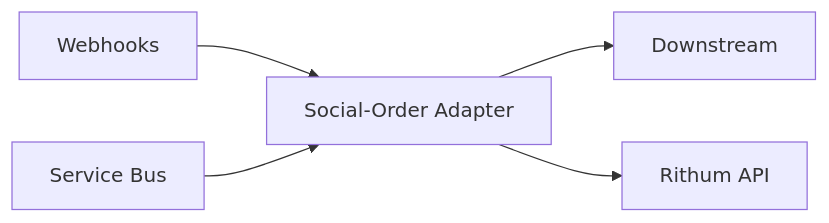
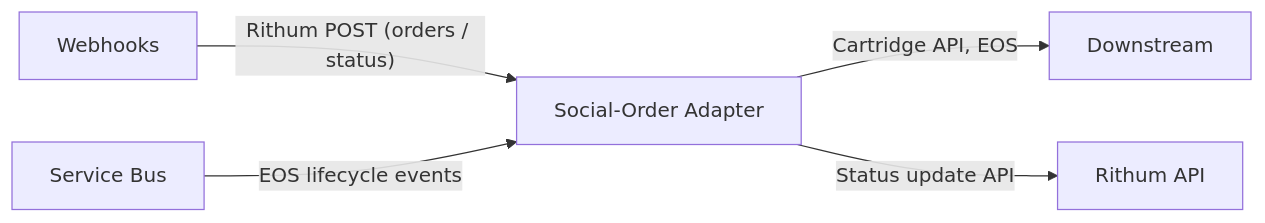
One commit to alienfacepalm/columbia-social-order-use-case changed the fourth of 11 diagrams in presentation.md. Above: the diagram before and after it, drawn with Mermaid. The commit also changed other lines of this file and 10 other files, not shown here.

First line of the commit message:
Speaker timer, layout, and diagram fixes

````diff
--- a/presentation.md
+++ b/presentation.md
@@ -190,7 +190,7 @@
 ```mermaid
 flowchart LR
-    WH["Webhooks"] --> FA["Social-Order Adapter"]
-    SB["Service Bus"] --> FA
-    FA --> Down["Downstream"]
-    FA --> RAPI["Rithum API"]
+    WH["Webhooks"] -->|"Rithum POST (orders / status)"| FA["Social-Order Adapter"]
+    SB["Service Bus"] -->|"EOS lifecycle events"| FA
+    FA -->|"Cartridge API, EOS"| Down["Downstream"]
+    FA -->|"Status update API"| RAPI["Rithum API"]
 ```
````
